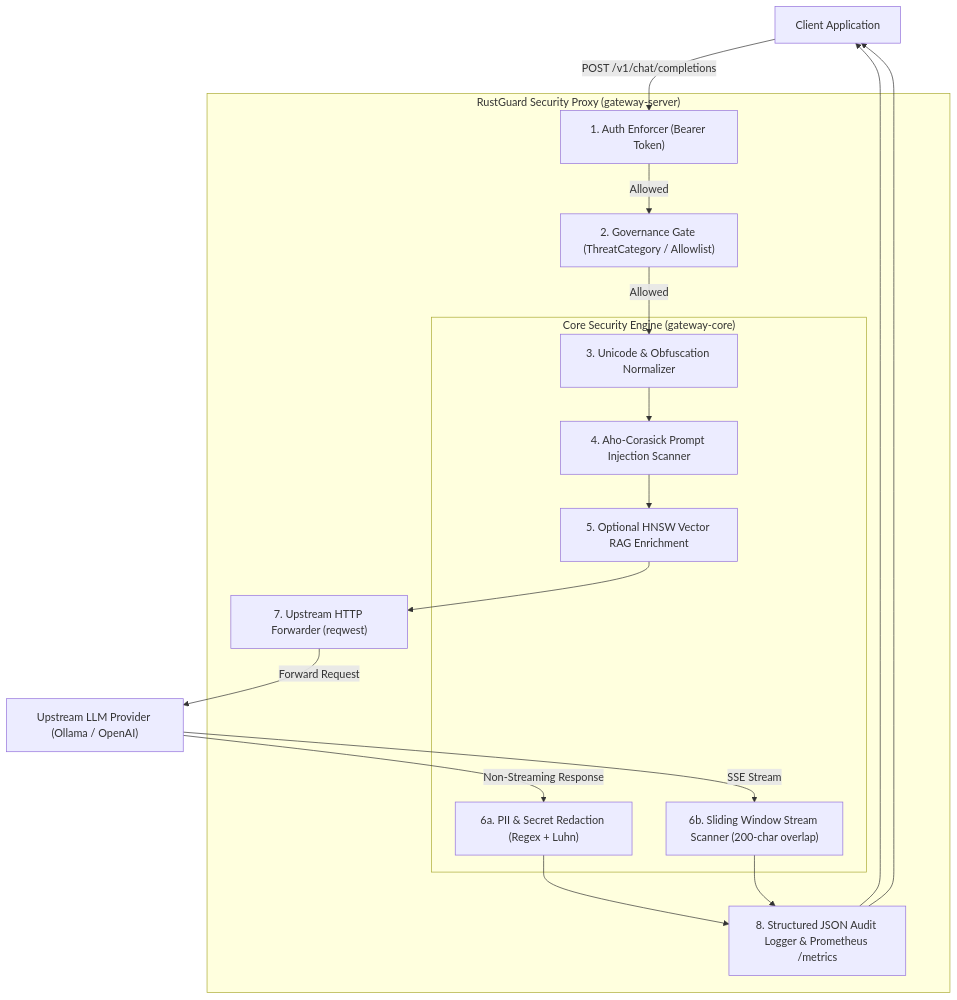
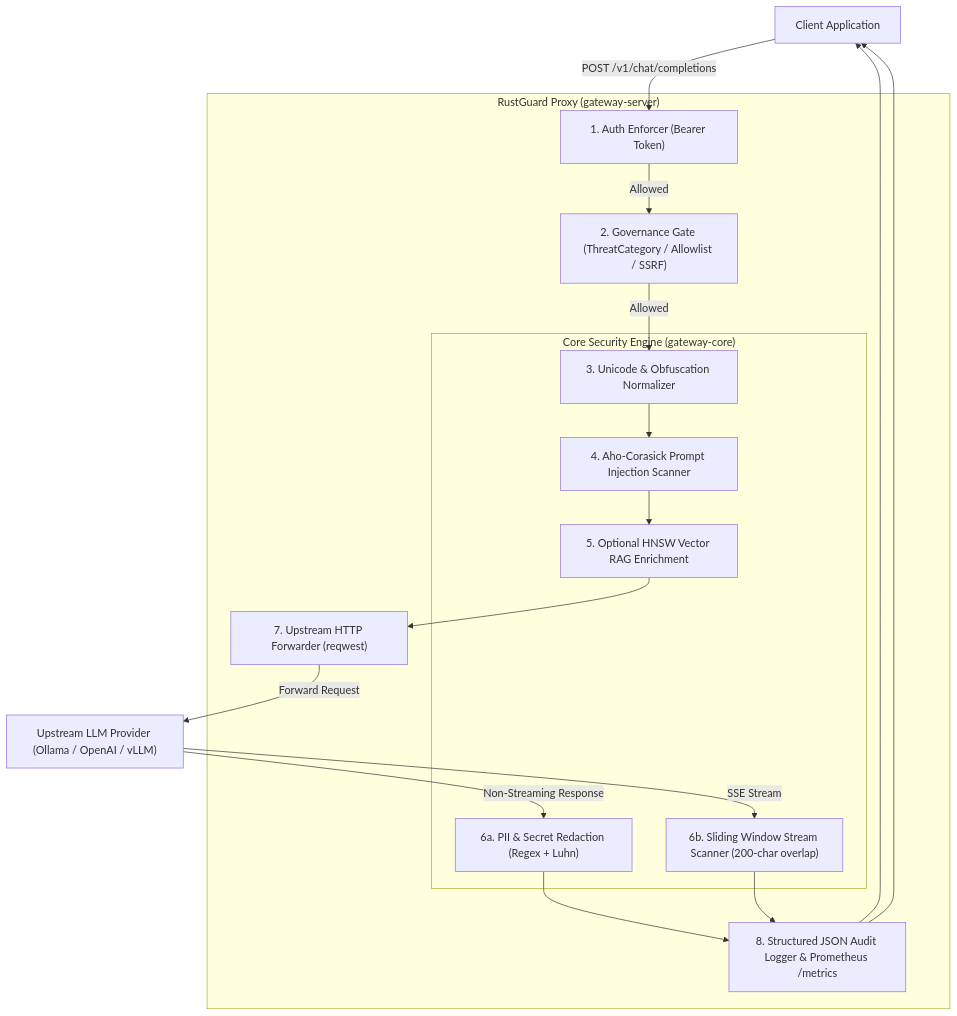
One commit to niteshinplace-spd/LLM-Security-Gateway-for-Prompt-Injection-and-PII-Protection changed the diagram in README.md. Above: the diagram before and after it, drawn with Mermaid. The commit also changed other lines of this file and 1 other file, not shown here.

Commit message:
Update RustGuard gateway

````diff
--- a/README.md
+++ b/README.md
@@ -27,29 +44,29 @@
 ```mermaid
 flowchart TD
     Client["Client Application"]
     
-    subgraph RustGuard["RustGuard Security Proxy (gateway-server)"]
+    subgraph RustGuard["RustGuard Proxy (gateway-server)"]
         Auth["1. Auth Enforcer (Bearer Token)"]
-        Gov["2. Governance Gate (ThreatCategory / Allowlist)"]
+        Gov["2. Governance Gate (ThreatCategory / Allowlist / SSRF)"]
         
         subgraph Core["Core Security Engine (gateway-core)"]
             Norm["3. Unicode & Obfuscation Normalizer"]
             Inj["4. Aho-Corasick Prompt Injection Scanner"]
             RAG["5. Optional HNSW Vector RAG Enrichment"]
             PII["6a. PII & Secret Redaction (Regex + Luhn)"]
             StreamScan["6b. Sliding Window Stream Scanner (200-char overlap)"]
         end
         
         Proxy["7. Upstream HTTP Forwarder (reqwest)"]
         Audit["8. Structured JSON Audit Logger & Prometheus /metrics"]
     end
     
-    UpstreamLLM["Upstream LLM Provider (Ollama / OpenAI)"]
+    UpstreamLLM["Upstream LLM Provider (Ollama / OpenAI / vLLM)"]
 
     Client -->|"POST /v1/chat/completions"| Auth
     Auth -->|Allowed| Gov
     Gov -->|Allowed| Norm --> Inj --> RAG --> Proxy
     Proxy -->|Forward Request| UpstreamLLM
     UpstreamLLM -->|Non-Streaming Response| PII --> Audit --> Client
     UpstreamLLM -->|SSE Stream| StreamScan --> Audit --> Client
 ```
````
